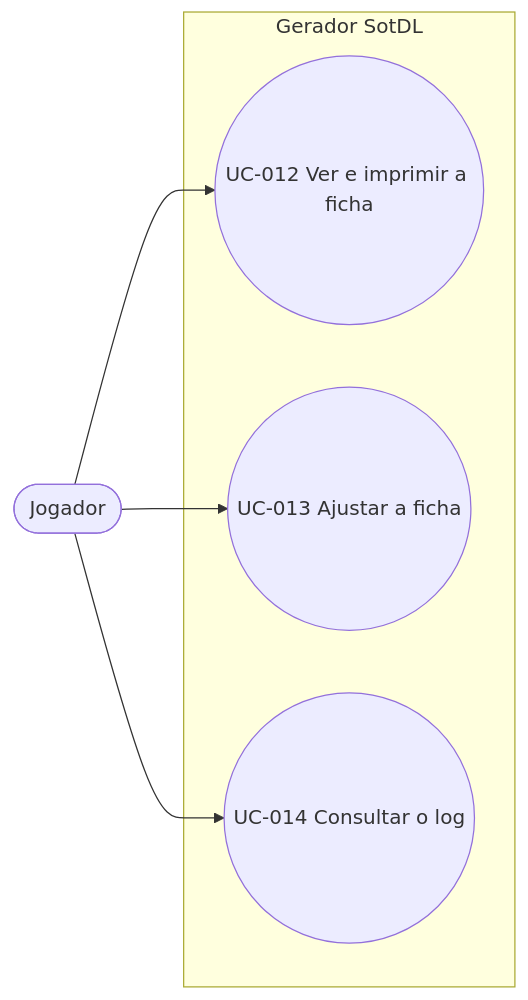
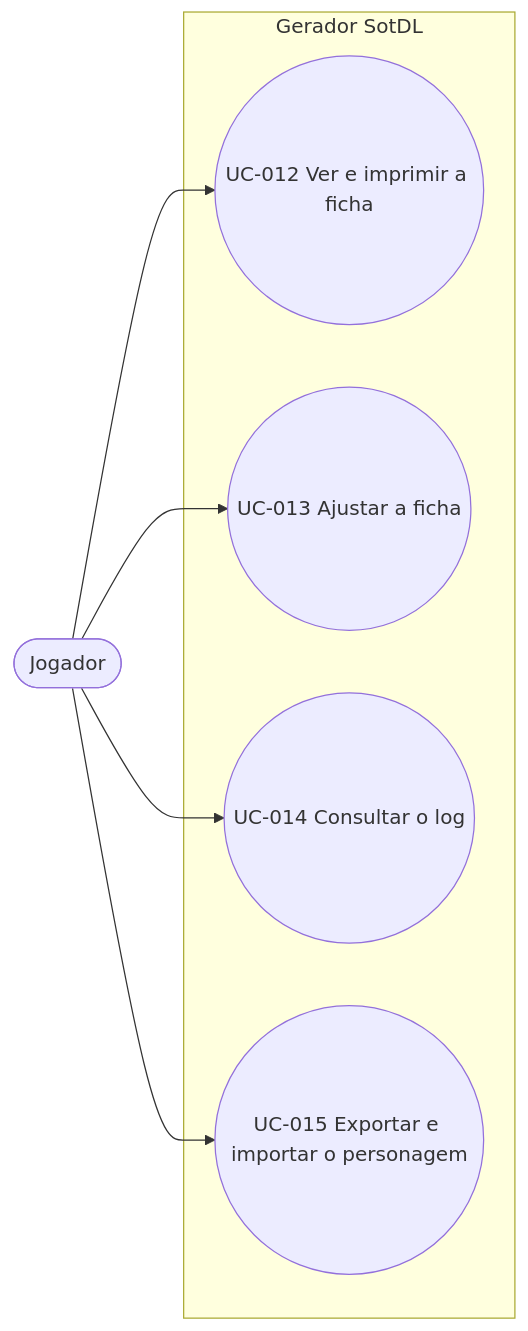
Before and after one commit to AntonioVCruz/sotdl-character-generator: the second of 2 diagrams in docs/use-cases.md, drawn with Mermaid. The commit also changed other lines of this file and 3 other files, not shown here.

First line of the commit message:
Traz exportar e importar o personagem para o MVP (SRS v1.1)

````diff
--- a/docs/use-cases.md
+++ b/docs/use-cases.md
@@ -63,14 +63,16 @@
 ```mermaid
 graph LR
     jogador(["Jogador"])
 
     subgraph sistema["Gerador SotDL"]
         uc12(("UC-012 Ver e imprimir a ficha"))
         uc13(("UC-013 Ajustar a ficha"))
         uc14(("UC-014 Consultar o log"))
+        uc15(("UC-015 Exportar e importar o personagem"))
     end
 
     jogador --> uc12
     jogador --> uc13
     jogador --> uc14
+    jogador --> uc15
 ```
````
